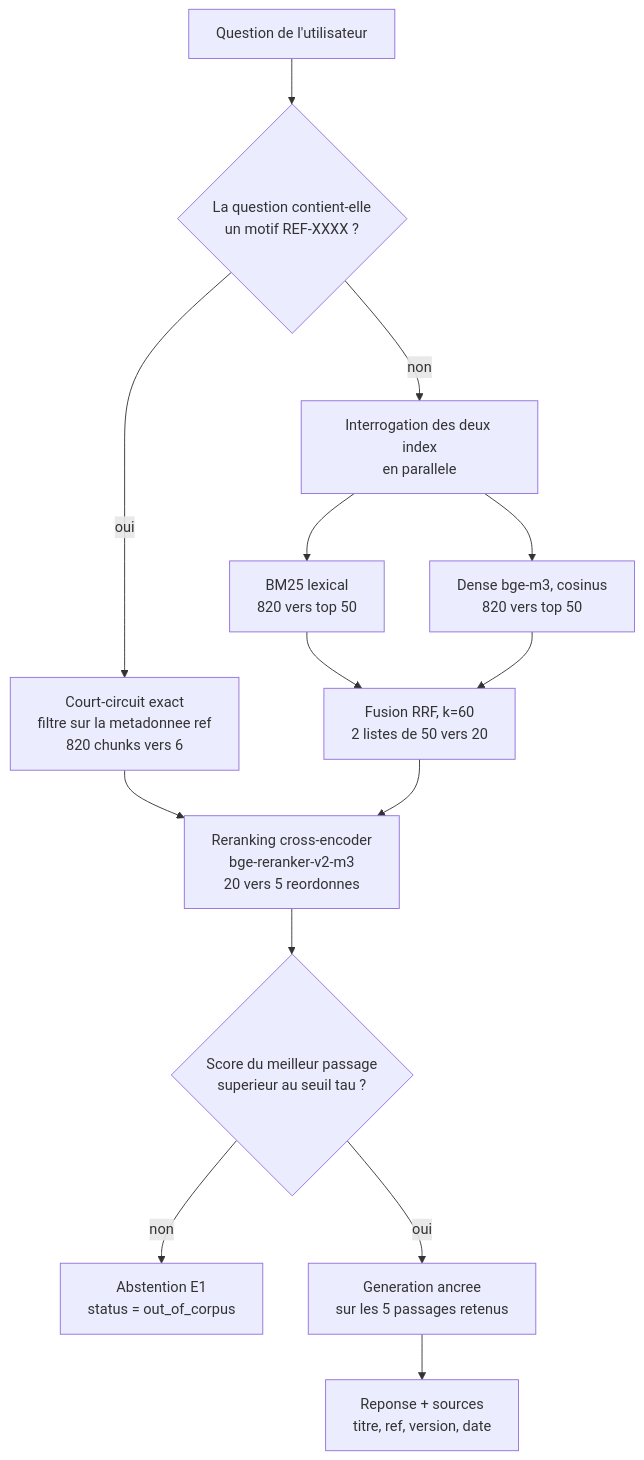
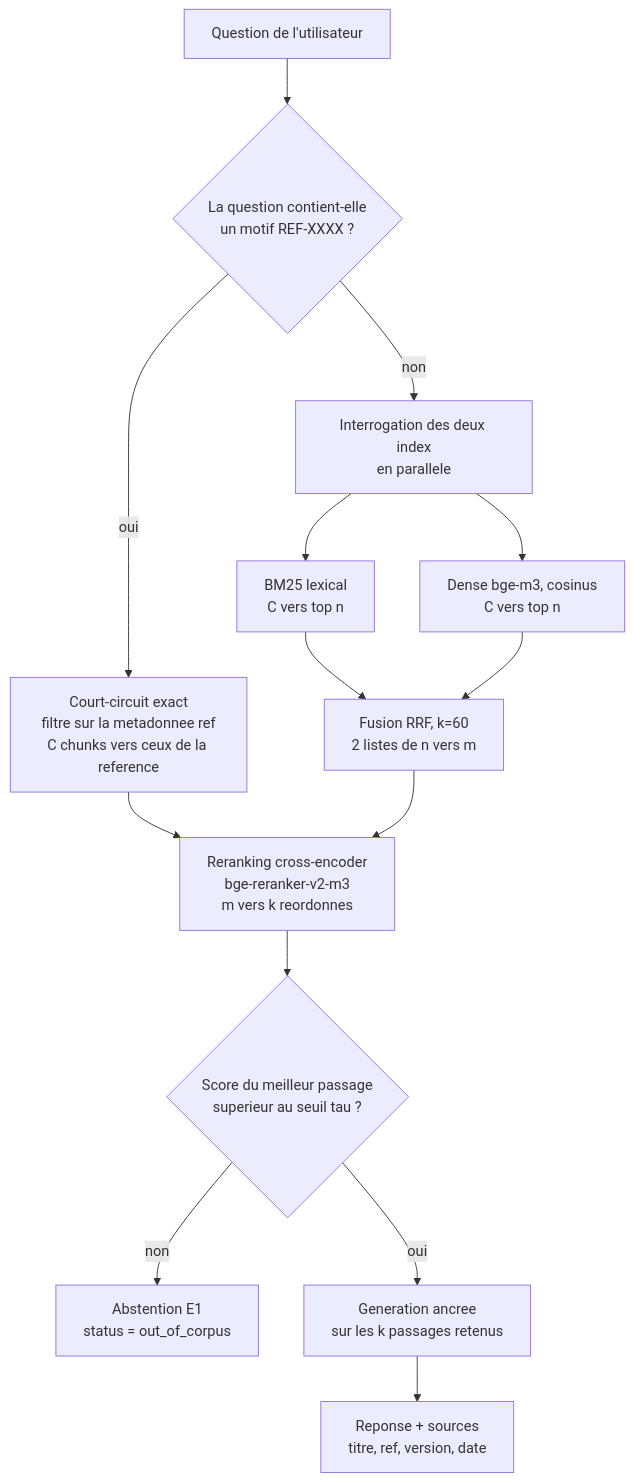
One commit to Bealph/sorabel-gateway changed the fourth of 4 diagrams in docs/conception/01_flux_chunks.md. Above: the diagram before and after it, drawn with Mermaid. The commit also changed other lines of this file and 17 other files, not shown here.

````diff
--- a/docs/conception/01_flux_chunks.md
+++ b/docs/conception/01_flux_chunks.md
@@ -345,21 +359,21 @@
 ```mermaid
 flowchart TB
     Q["Question de l'utilisateur"] --> R{"La question contient-elle<br/>un motif REF-XXXX ?"}
 
-    R -->|oui| EX["Court-circuit exact<br/>filtre sur la metadonnee ref<br/>820 chunks vers 6"]
+    R -->|oui| EX["Court-circuit exact<br/>filtre sur la metadonnee ref<br/>C chunks vers ceux de la reference"]
     R -->|non| SP["Interrogation des deux index<br/>en parallele"]
 
-    SP --> BM["BM25 lexical<br/>820 vers top 50"]
-    SP --> DN["Dense bge-m3, cosinus<br/>820 vers top 50"]
+    SP --> BM["BM25 lexical<br/>C vers top n"]
+    SP --> DN["Dense bge-m3, cosinus<br/>C vers top n"]
 
-    BM --> FU["Fusion RRF, k=60<br/>2 listes de 50 vers 20"]
+    BM --> FU["Fusion RRF, k=60<br/>2 listes de n vers m"]
     DN --> FU
 
-    EX --> RR["Reranking cross-encoder<br/>bge-reranker-v2-m3<br/>20 vers 5 reordonnes"]
+    EX --> RR["Reranking cross-encoder<br/>bge-reranker-v2-m3<br/>m vers k reordonnes"]
     FU --> RR
 
     RR --> SG{"Score du meilleur passage<br/>superieur au seuil tau ?"}
     SG -->|non| AB["Abstention E1<br/>status = out_of_corpus"]
-    SG -->|oui| GE["Generation ancree<br/>sur les 5 passages retenus"]
+    SG -->|oui| GE["Generation ancree<br/>sur les k passages retenus"]
     GE --> OU["Reponse + sources<br/>titre, ref, version, date"]
 ```
````
